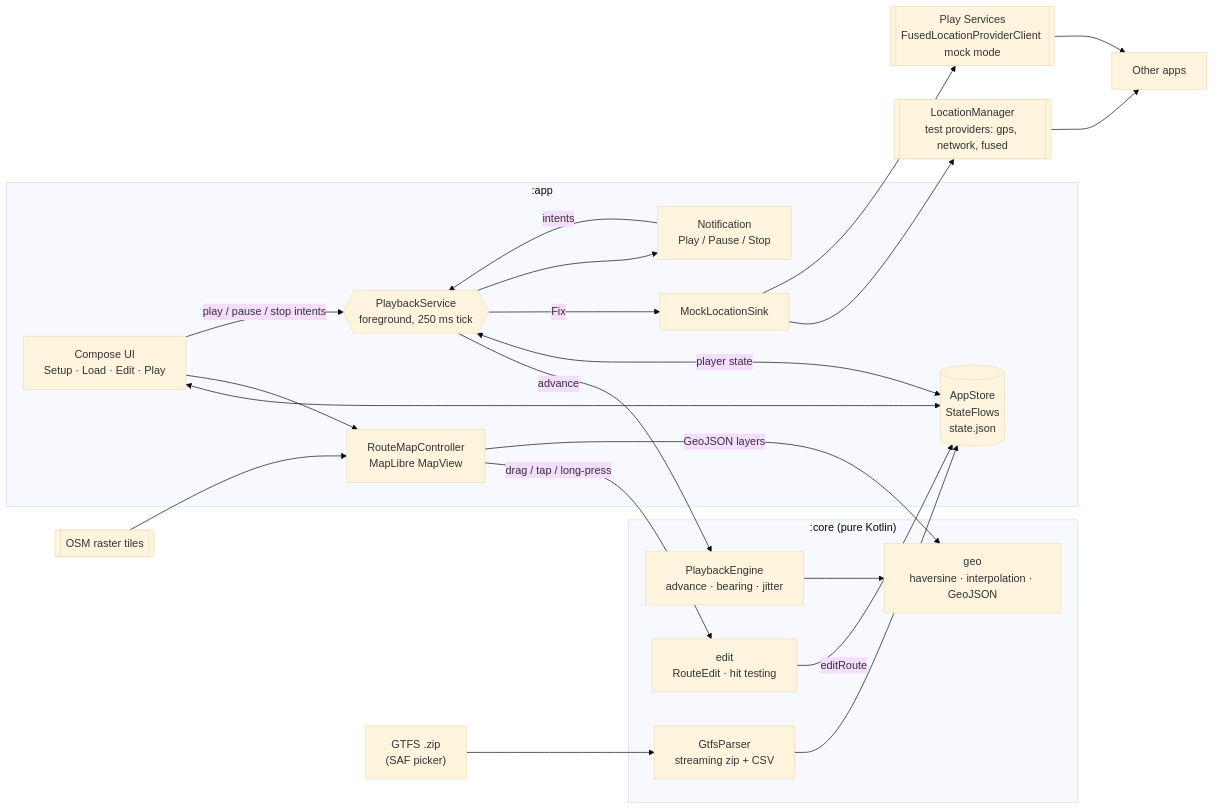
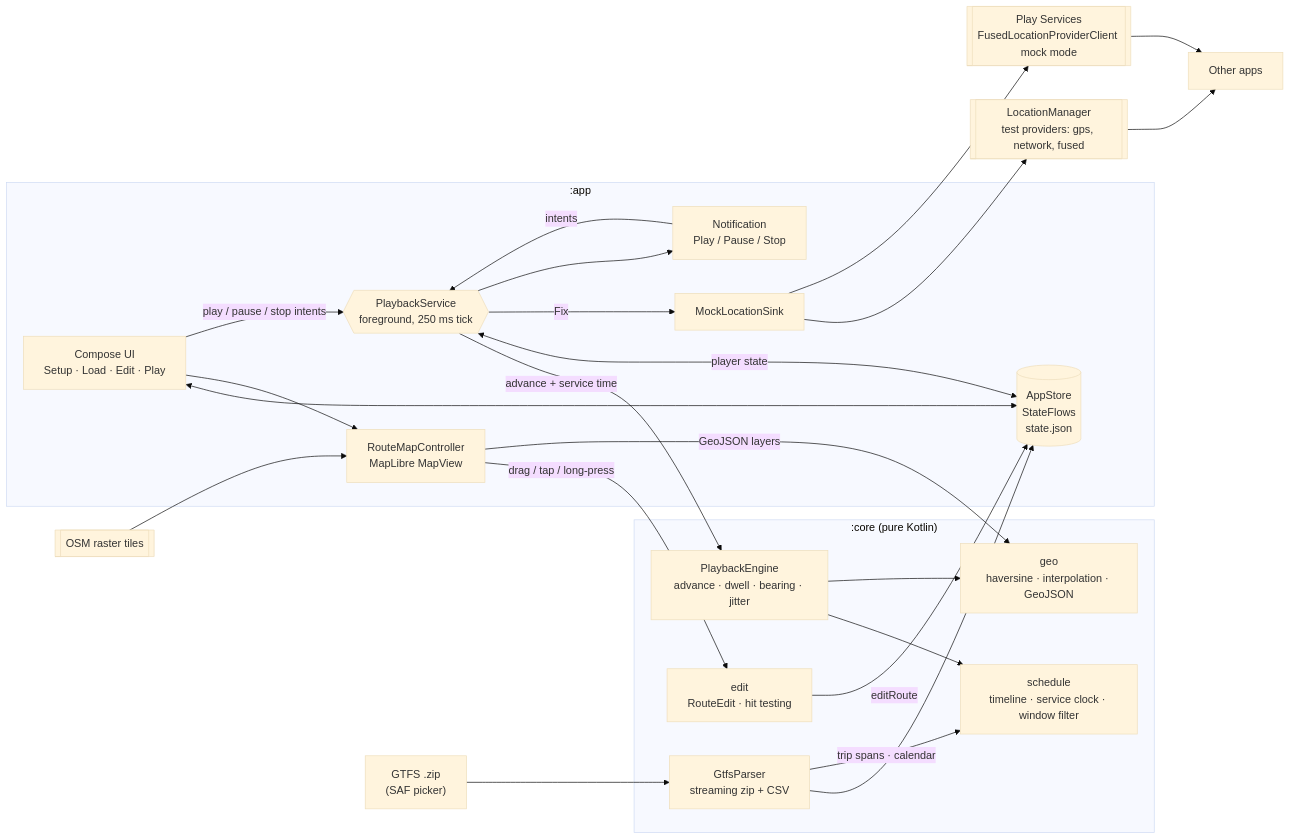
The diagram in android/README.md (maxmini-dev/adb-gps-playback), drawn with Mermaid (base theme) before and after one commit. The commit also changed other lines of this file and 25 other files, not shown here.

````diff
--- a/android/README.md
+++ b/android/README.md
@@ -61,41 +78,44 @@
 ```mermaid
 flowchart LR
   Zip["GTFS .zip<br/>(SAF picker)"]
 
   subgraph core [":core (pure Kotlin)"]
     Parser["GtfsParser<br/>streaming zip + CSV"]
-    Engine["PlaybackEngine<br/>advance · bearing · jitter"]
+    Engine["PlaybackEngine<br/>advance · dwell · bearing · jitter"]
+    Sched["schedule<br/>timeline · service clock · window filter"]
     Geo["geo<br/>haversine · interpolation · GeoJSON"]
     Edits["edit<br/>RouteEdit · hit testing"]
   end
 
   subgraph app [":app"]
     UI["Compose UI<br/>Setup · Load · Edit · Play"]
     Map["RouteMapController<br/>MapLibre MapView"]
     Store[("AppStore<br/>StateFlows<br/>state.json")]
     Svc{{"PlaybackService<br/>foreground, 250 ms tick"}}
     Sink["MockLocationSink"]
     Notif["Notification<br/>Play / Pause / Stop"]
   end
 
   LM[["LocationManager<br/>test providers: gps, network, fused"]]
   FLP[["Play Services<br/>FusedLocationProviderClient mock mode"]]
   Apps["Other apps"]
 
   Zip --> Parser --> Store
   UI <--> Store
   UI --> Map
   Map -->|drag / tap / long-press| Edits
   Edits -->|editRoute| Store
   Map -->|GeoJSON layers| Geo
   Tiles[["OSM raster tiles"]] --> Map
   UI -->|play / pause / stop intents| Svc
   Notif -->|intents| Svc
-  Svc -->|advance| Engine
+  Svc -->|advance + service time| Engine
+  Engine --> Sched
+  Parser -->|trip spans · calendar| Sched
   Engine --> Geo
   Svc <-->|player state| Store
   Svc -->|Fix| Sink
   Sink --> LM --> Apps
   Sink --> FLP --> Apps
   Svc --> Notif
 ```
````
